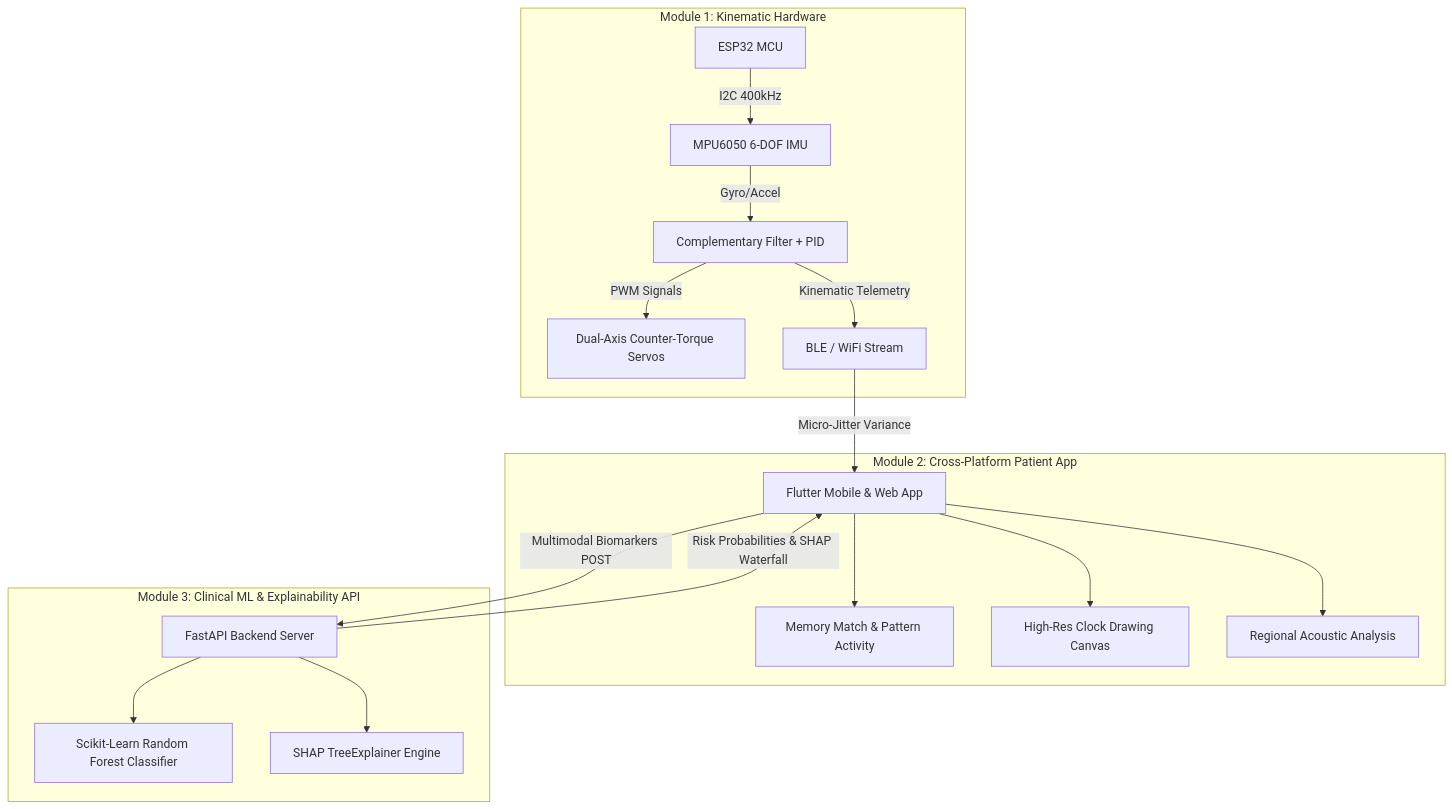
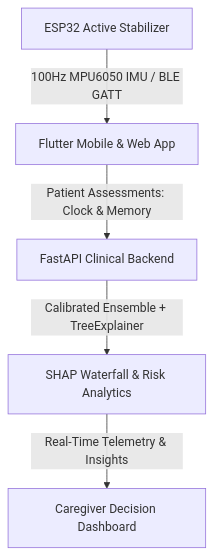
One commit to Shivansh1146/SIH-Final-Round changed the diagram in README.md. Above: the diagram before and after it, drawn with Mermaid. The commit also changed other lines of this file and 27 other files, not shown here.

Commit message:
feat: complete end-to-end SAHAYAK-AI platform with auto-adaptive AI difficulty, multi-patient profile switcher, and caregiver workspace

````diff
--- a/README.md
+++ b/README.md
@@ -31,26 +9,7 @@
 ```mermaid
 graph TD
-    subgraph Hardware [Module 1: Kinematic Hardware]
-        ESP32[ESP32 MCU] -->|I2C 400kHz| MPU6050[MPU6050 6-DOF IMU]
-        MPU6050 -->|Gyro/Accel| PID[Complementary Filter + PID]
-        PID -->|PWM Signals| Servos[Dual-Axis Counter-Torque Servos]
-        PID -->|Kinematic Telemetry| Bluetooth[BLE / WiFi Stream]
-    end
-
-    subgraph Client [Module 2: Cross-Platform Patient App]
-        Flutter[Flutter Mobile & Web App]
-        Flutter --> Game[Memory Match & Pattern Activity]
-        Flutter --> Clock[High-Res Clock Drawing Canvas]
-        Flutter --> Voice[Regional Acoustic Analysis]
-    end
-
-    subgraph Backend [Module 3: Clinical ML & Explainability API]
-        FastAPI[FastAPI Backend Server]
-        FastAPI --> Ensemble[Scikit-Learn Random Forest Classifier]
-        FastAPI --> Explainer[SHAP TreeExplainer Engine]
-    end
-
-    Bluetooth -->|Micro-Jitter Variance| Flutter
-    Flutter -->|Multimodal Biomarkers POST| FastAPI
-    FastAPI -->|Risk Probabilities & SHAP Waterfall| Flutter
+    A[ESP32 Active Stabilizer] -->|100Hz MPU6050 IMU / BLE GATT| B[Flutter Mobile & Web App]
+    B -->|Patient Assessments: Clock & Memory| C[FastAPI Clinical Backend]
+    C -->|Calibrated Ensemble + TreeExplainer| D[SHAP Waterfall & Risk Analytics]
+    D -->|Real-Time Telemetry & Insights| E[Caregiver Decision Dashboard]
 ```
````
